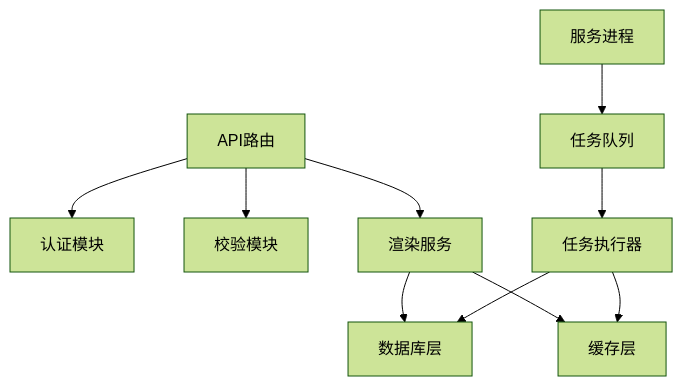
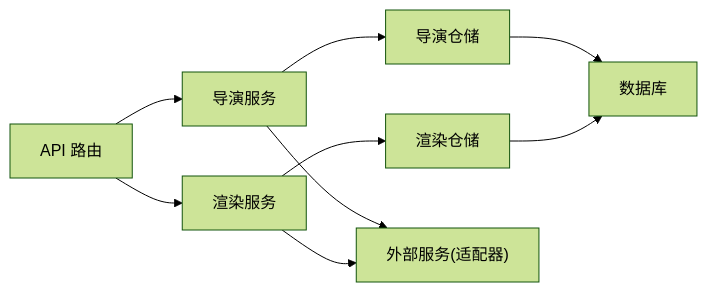
One commit to scottcwy/PurpleInk changed the sixth of 6 diagrams in .qoder/repowiki/zh/content/后端架构/后端架构.md. Above: the diagram before and after it, drawn with Mermaid (forest theme). The commit also changed other lines of this file and 872 other files, not shown here.

````diff
--- a/.qoder/repowiki/zh/content/后端架构/后端架构.md
+++ b/.qoder/repowiki/zh/content/后端架构/后端架构.md
@@ -383,12 +337,11 @@
 ```mermaid
-graph TB
-API["API路由"] --> Auth["认证模块"]
-API --> Validate["校验模块"]
-API --> Render["渲染服务"]
-Render --> Cache["缓存层"]
-Render --> DB["数据库层"]
-Server["服务进程"] --> Queue["任务队列"]
-Queue --> Runner["任务执行器"]
-Runner --> DB
-Runner --> Cache
+graph LR
+API["API 路由"] --> DirSvc["导演服务"]
+API --> RenSvc["渲染服务"]
+DirSvc --> RepoD["导演仓储"]
+RenSvc --> RepoR["渲染仓储"]
+RepoD --> DB["数据库"]
+RepoR --> DB
+DirSvc --> Ext["外部服务(适配器)"]
+RenSvc --> Ext
 ```
````
